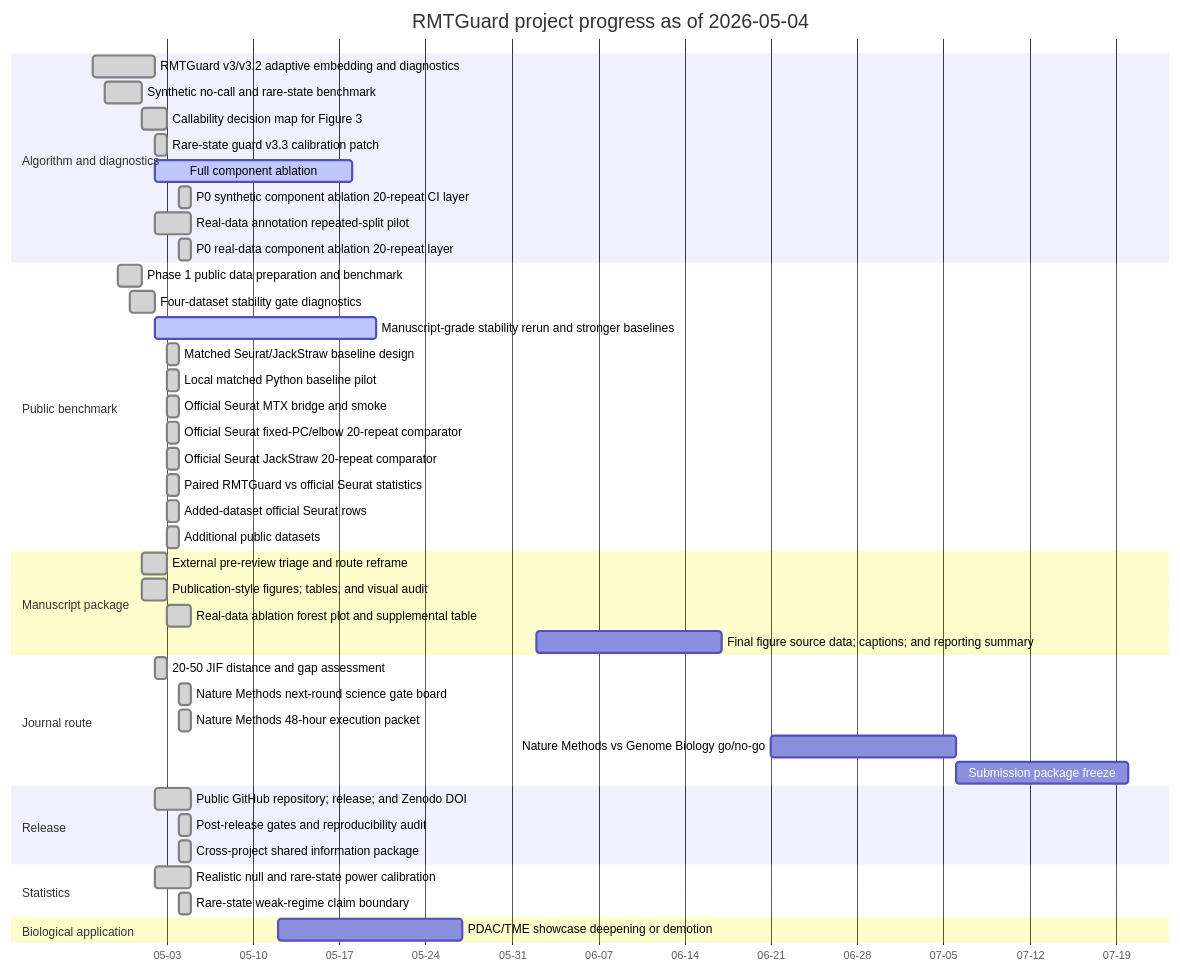
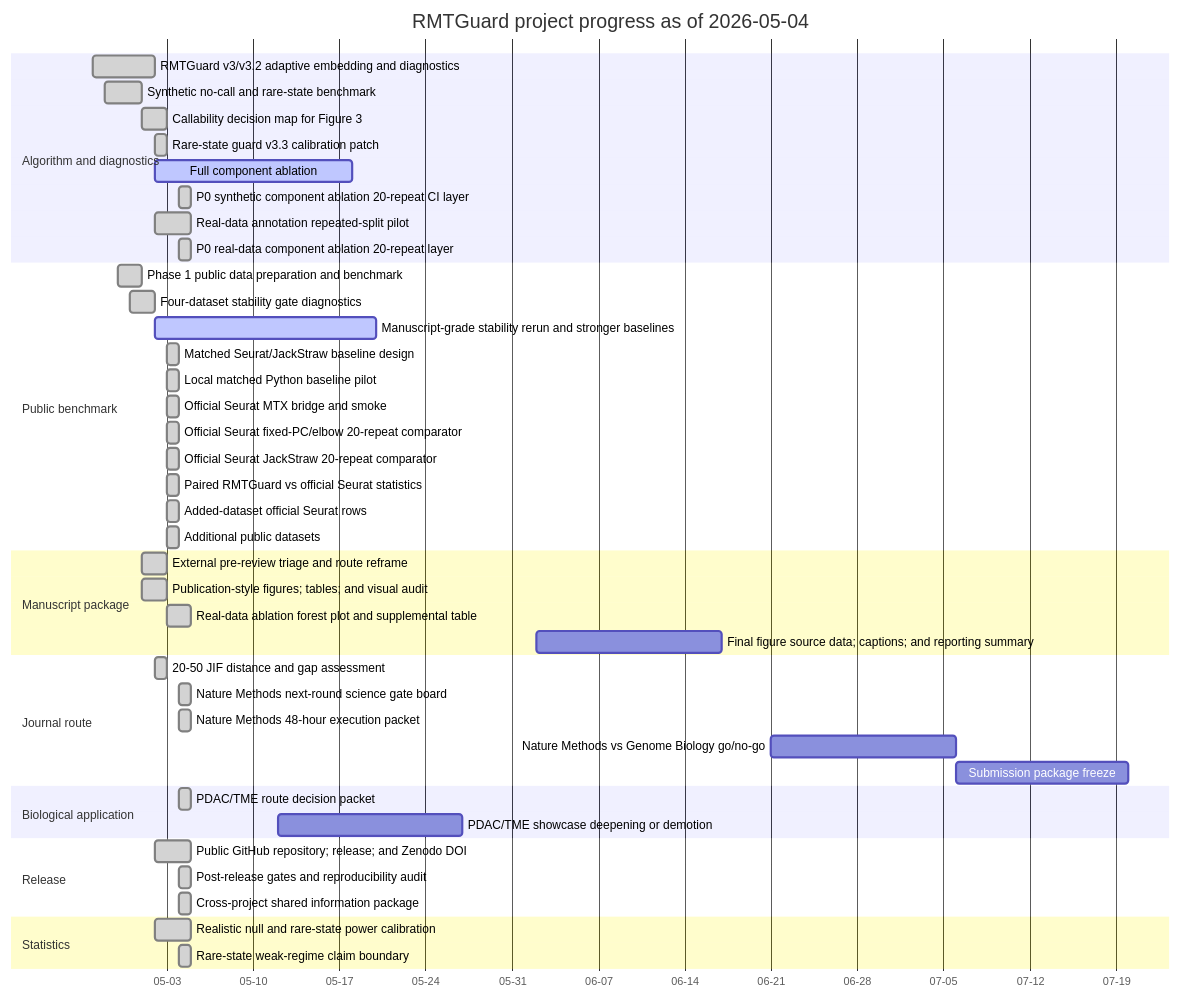
The diagram in results/project_management/rmtguard_project_gantt.md (healthgreat/rmtguard), drawn with Mermaid before and after one commit. The commit also changed other lines of this file and 20 other files, not shown here.

Commit message:
Add PDAC TME route decision packet

````diff
--- a/results/project_management/rmtguard_project_gantt.md
+++ b/results/project_management/rmtguard_project_gantt.md
@@ -13,47 +13,48 @@
 ```mermaid
 gantt
     title RMTGuard project progress as of 2026-05-04
     dateFormat  YYYY-MM-DD
     axisFormat  %m-%d
     section Algorithm and diagnostics
     RMTGuard v3/v3.2 adaptive embedding and diagnostics :done, T01, 2026-04-27, 5d
     Synthetic no-call and rare-state benchmark :done, T02, 2026-04-28, 3d
     Callability decision map for Figure 3 :done, T03, 2026-05-01, 2d
     Rare-state guard v3.3 calibration patch :done, T04, 2026-05-02, 1d
-    Full component ablation :active, T16, 2026-05-02, 16d
-    P0 synthetic component ablation 20-repeat CI layer :done, T17, 2026-05-04, 1d
-    Real-data annotation repeated-split pilot :done, T18, 2026-05-02, 3d
-    P0 real-data component ablation 20-repeat layer :done, T19, 2026-05-04, 1d
+    Full component ablation :active, T17, 2026-05-02, 16d
+    P0 synthetic component ablation 20-repeat CI layer :done, T18, 2026-05-04, 1d
+    Real-data annotation repeated-split pilot :done, T19, 2026-05-02, 3d
+    P0 real-data component ablation 20-repeat layer :done, T20, 2026-05-04, 1d
     section Public benchmark
     Phase 1 public data preparation and benchmark :done, T05, 2026-04-29, 2d
     Four-dataset stability gate diagnostics :done, T06, 2026-04-30, 2d
-    Manuscript-grade stability rerun and stronger baselines :active, T15, 2026-05-02, 18d
-    Matched Seurat/JackStraw baseline design :done, T21, 2026-05-03, 1d
-    Local matched Python baseline pilot :done, T22, 2026-05-03, 1d
-    Official Seurat MTX bridge and smoke :done, T23, 2026-05-03, 1d
-    Official Seurat fixed-PC/elbow 20-repeat comparator :done, T24, 2026-05-03, 1d
-    Official Seurat JackStraw 20-repeat comparator :done, T25, 2026-05-03, 1d
-    Paired RMTGuard vs official Seurat statistics :done, T26, 2026-05-03, 1d
-    Added-dataset official Seurat rows :done, T27, 2026-05-03, 1d
-    Additional public datasets :done, T29, 2026-05-03, 1d
+    Manuscript-grade stability rerun and stronger baselines :active, T16, 2026-05-02, 18d
+    Matched Seurat/JackStraw baseline design :done, T22, 2026-05-03, 1d
+    Local matched Python baseline pilot :done, T23, 2026-05-03, 1d
+    Official Seurat MTX bridge and smoke :done, T24, 2026-05-03, 1d
+    Official Seurat fixed-PC/elbow 20-repeat comparator :done, T25, 2026-05-03, 1d
+    Official Seurat JackStraw 20-repeat comparator :done, T26, 2026-05-03, 1d
+    Paired RMTGuard vs official Seurat statistics :done, T27, 2026-05-03, 1d
+    Added-dataset official Seurat rows :done, T28, 2026-05-03, 1d
+    Additional public datasets :done, T30, 2026-05-03, 1d
     section Manuscript package
     External pre-review triage and route reframe :done, T07, 2026-05-01, 2d
     Publication-style figures; tables; and visual audit :done, T08, 2026-05-01, 2d
-    Real-data ablation forest plot and supplemental table :done, T20, 2026-05-03, 2d
-    Final figure source data; captions; and reporting summary :T30, 2026-06-02, 15d
+    Real-data ablation forest plot and supplemental table :done, T21, 2026-05-03, 2d
+    Final figure source data; captions; and reporting summary :T31, 2026-06-02, 15d
     section Journal route
     20-50 JIF distance and gap assessment :done, T09, 2026-05-02, 1d
     Nature Methods next-round science gate board :done, T10, 2026-05-04, 1d
     Nature Methods 48-hour execution packet :done, T11, 2026-05-04, 1d
-    Nature Methods vs Genome Biology go/no-go :T33, 2026-06-21, 15d
-    Submission package freeze :T34, 2026-07-06, 14d
+    Nature Methods vs Genome Biology go/no-go :T34, 2026-06-21, 15d
+    Submission package freeze :T35, 2026-07-06, 14d
+    section Biological application
+    PDAC/TME route decision packet :done, T12, 2026-05-04, 1d
+    PDAC/TME showcase deepening or demotion :T29, 2026-05-12, 15d
     section Release
-    Public GitHub repository; release; and Zenodo DOI :done, T12, 2026-05-02, 3d
-    Post-release gates and reproducibility audit :done, T31, 2026-05-04, 1d
-    Cross-project shared information package :done, T32, 2026-05-04, 1d
+    Public GitHub repository; release; and Zenodo DOI :done, T13, 2026-05-02, 3d
+    Post-release gates and reproducibility audit :done, T32, 2026-05-04, 1d
+    Cross-project shared information package :done, T33, 2026-05-04, 1d
     section Statistics
-    Realistic null and rare-state power calibration :done, T13, 2026-05-02, 3d
-    Rare-state weak-regime claim boundary :done, T14, 2026-05-04, 1d
-    section Biological application
-    PDAC/TME showcase deepening or demotion :T28, 2026-05-12, 15d
+    Realistic null and rare-state power calibration :done, T14, 2026-05-02, 3d
+    Rare-state weak-regime claim boundary :done, T15, 2026-05-04, 1d
 ```
````
